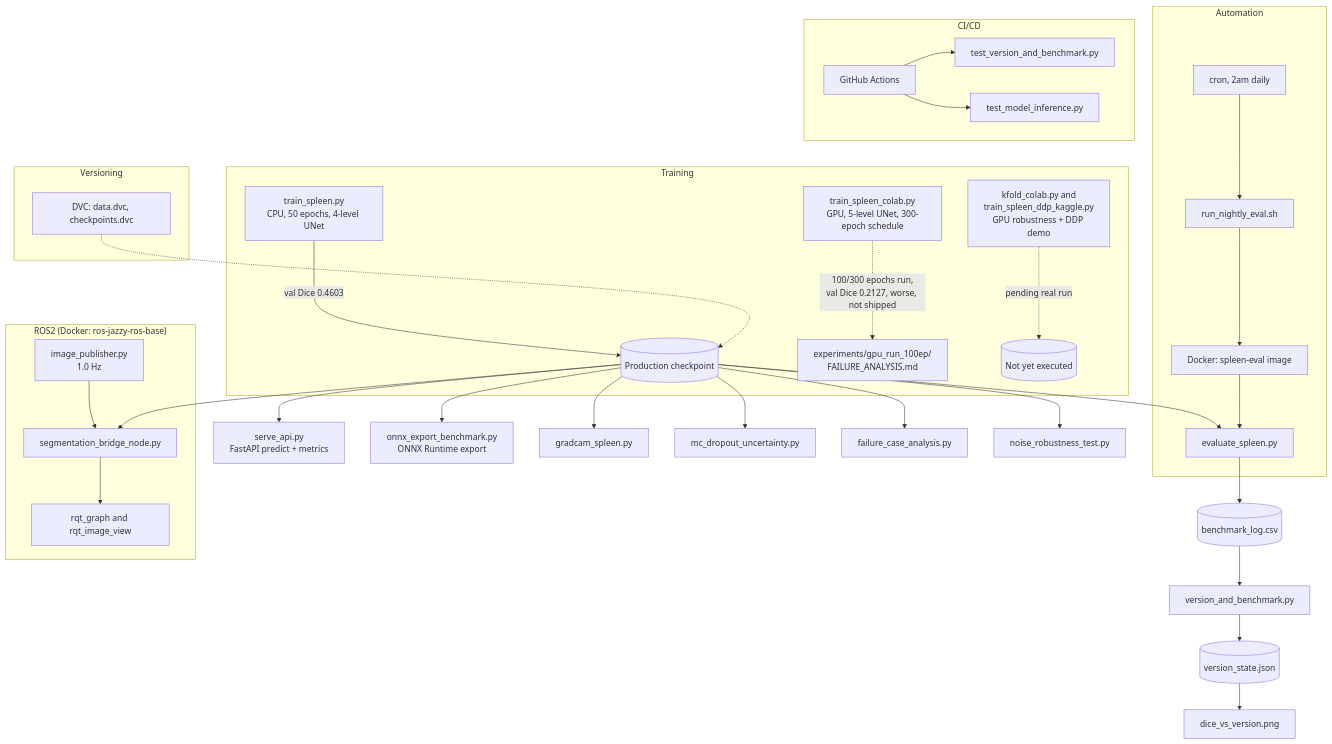
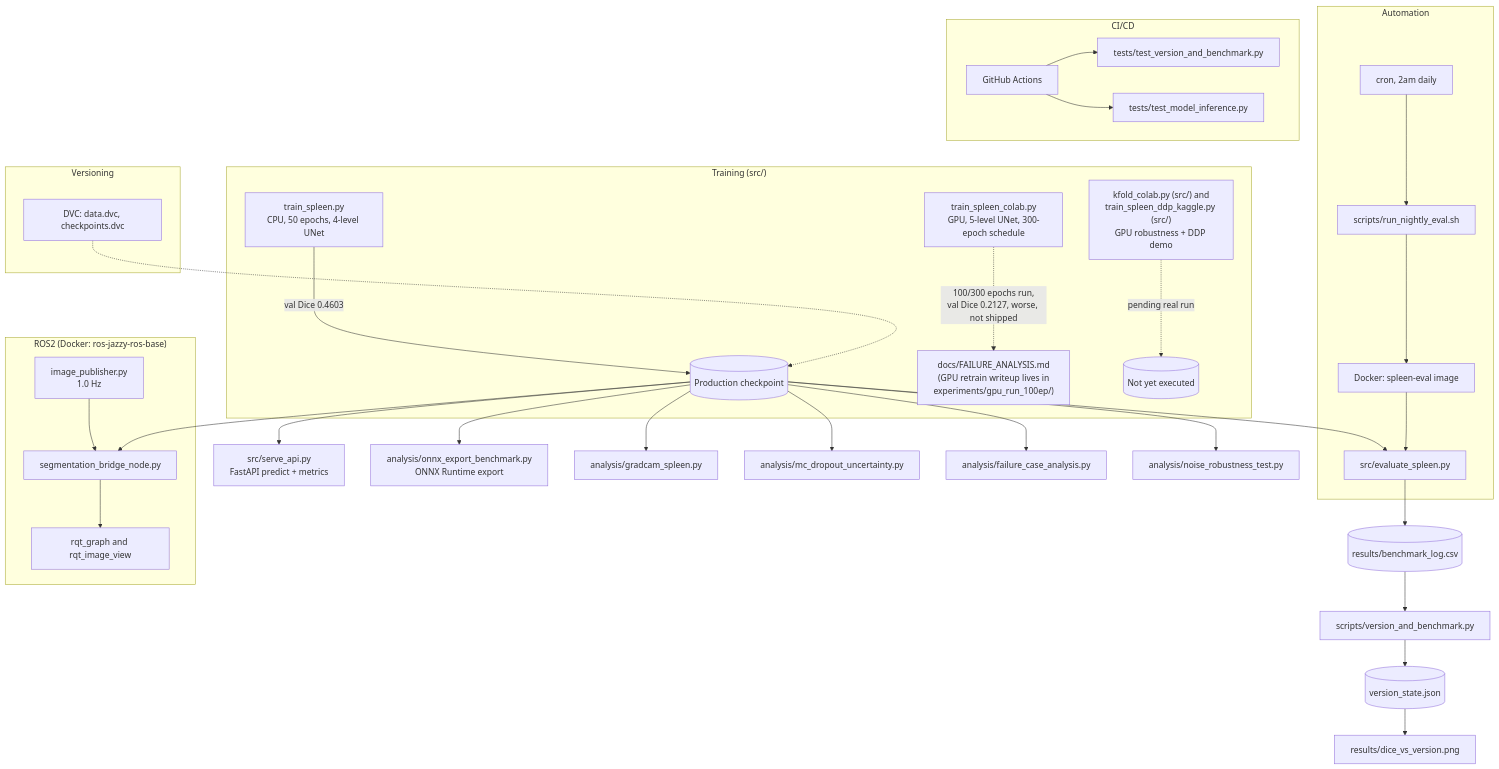
Before and after one commit to Adityajaiswal9050/spleen-segmentation-pipeline: the diagram in README.md, drawn with Mermaid. The commit also changed other lines of this file and 44 other files, not shown here.

````diff
--- a/README.md
+++ b/README.md
@@ -14,38 +14,38 @@
 ```mermaid
 flowchart TB
-    subgraph training["Training"]
+    subgraph training["Training (src/)"]
         A["train_spleen.py<br/>CPU, 50 epochs, 4-level UNet"] -->|"val Dice 0.4603"| CKPT[("Production checkpoint")]
-        A2["train_spleen_colab.py<br/>GPU, 5-level UNet, 300-epoch schedule"] -.->|"100/300 epochs run,<br/>val Dice 0.2127, worse, not shipped"| FAIL["experiments/gpu_run_100ep/<br/>FAILURE_ANALYSIS.md"]
-        A3["kfold_colab.py and<br/>train_spleen_ddp_kaggle.py<br/>GPU robustness + DDP demo"] -.->|"pending real run"| PEND[("Not yet executed")]
+        A2["train_spleen_colab.py<br/>GPU, 5-level UNet, 300-epoch schedule"] -.->|"100/300 epochs run,<br/>val Dice 0.2127, worse, not shipped"| FAIL["docs/FAILURE_ANALYSIS.md<br/>(GPU retrain writeup lives in<br/>experiments/gpu_run_100ep/)"]
+        A3["kfold_colab.py (src/) and<br/>train_spleen_ddp_kaggle.py (src/)<br/>GPU robustness + DDP demo"] -.->|"pending real run"| PEND[("Not yet executed")]
     end
 
-    CKPT --> EVAL["evaluate_spleen.py"] --> LOG[("benchmark_log.csv")]
-    LOG --> VER["version_and_benchmark.py"] --> VSTATE[("version_state.json")]
-    VSTATE --> CHART["dice_vs_version.png"]
+    CKPT --> EVAL["src/evaluate_spleen.py"] --> LOG[("results/benchmark_log.csv")]
+    LOG --> VER["scripts/version_and_benchmark.py"] --> VSTATE[("version_state.json")]
+    VSTATE --> CHART["results/dice_vs_version.png"]
 
-    CKPT --> API["serve_api.py<br/>FastAPI predict + metrics"]
-    CKPT --> ONNX["onnx_export_benchmark.py<br/>ONNX Runtime export"]
-    CKPT --> GRAD["gradcam_spleen.py"]
-    CKPT --> MC["mc_dropout_uncertainty.py"]
-    CKPT --> FAILCASE["failure_case_analysis.py"]
-    CKPT --> NOISE["noise_robustness_test.py"]
+    CKPT --> API["src/serve_api.py<br/>FastAPI predict + metrics"]
+    CKPT --> ONNX["analysis/onnx_export_benchmark.py<br/>ONNX Runtime export"]
+    CKPT --> GRAD["analysis/gradcam_spleen.py"]
+    CKPT --> MC["analysis/mc_dropout_uncertainty.py"]
+    CKPT --> FAILCASE["analysis/failure_case_analysis.py"]
+    CKPT --> NOISE["analysis/noise_robustness_test.py"]
 
     subgraph ros2_stack["ROS2 (Docker: ros-jazzy-ros-base)"]
         CAM["image_publisher.py<br/>1.0 Hz"] --> BRIDGE["segmentation_bridge_node.py"]
         CKPT --> BRIDGE
         BRIDGE --> RQT["rqt_graph and rqt_image_view"]
     end
 
     subgraph automation["Automation"]
-        CRON["cron, 2am daily"] --> NIGHTLY["run_nightly_eval.sh"] --> DOCKER["Docker: spleen-eval image"] --> EVAL
+        CRON["cron, 2am daily"] --> NIGHTLY["scripts/run_nightly_eval.sh"] --> DOCKER["Docker: spleen-eval image"] --> EVAL
     end
 
     subgraph ci_cd["CI/CD"]
-        GH["GitHub Actions"] --> T1["test_version_and_benchmark.py"]
-        GH --> T2["test_model_inference.py"]
+        GH["GitHub Actions"] --> T1["tests/test_version_and_benchmark.py"]
+        GH --> T2["tests/test_model_inference.py"]
     end
 
     subgraph versioning["Versioning"]
         DVC["DVC: data.dvc, checkpoints.dvc"] -.-> CKPT
     end
 ```
````
